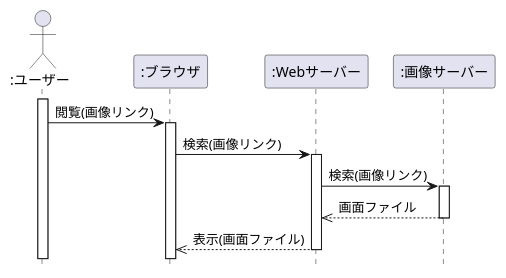
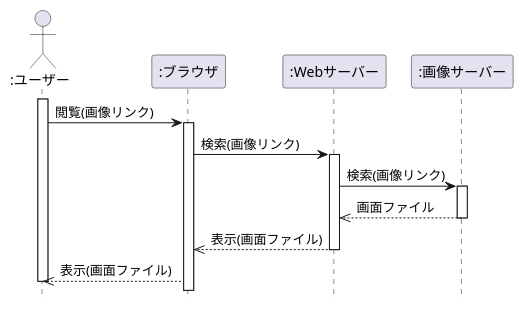
One commit to eumura123/uml-introduction changed the diagram in 演習4-6_SD_Web画像検索.pu. Above: the diagram before and after it, drawn with PlantUML.

Commit message:
演習4-6

```diff
--- a/演習4-6_SD_Web画像検索.pu
+++ b/演習4-6_SD_Web画像検索.pu
@@ -1,18 +1,20 @@
 @startuml  
 hide footbox
 Actor ":ユーザー" as ac 
 participant ":ブラウザ" as bu
 participant ":Webサーバー" as we
 participant ":画像サーバー" as ga
 activate ac
 ac -> bu :閲覧(画像リンク)
 activate bu
 bu -> we :検索(画像リンク)
 activate we
 we -> ga :検索(画像リンク)
 activate ga
 we <<-- ga :画面ファイル
 deactivate ga
 bu <<-- we :表示(画面ファイル)
 deactivate we
+ac <<-- bu :表示(画面ファイル)
+deactivate ac
 @enduml
```
